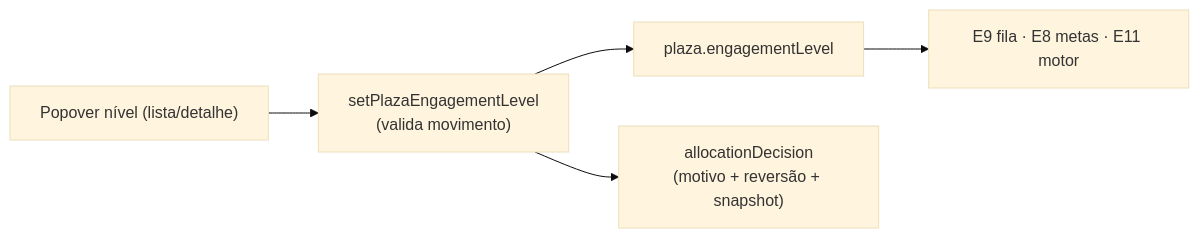
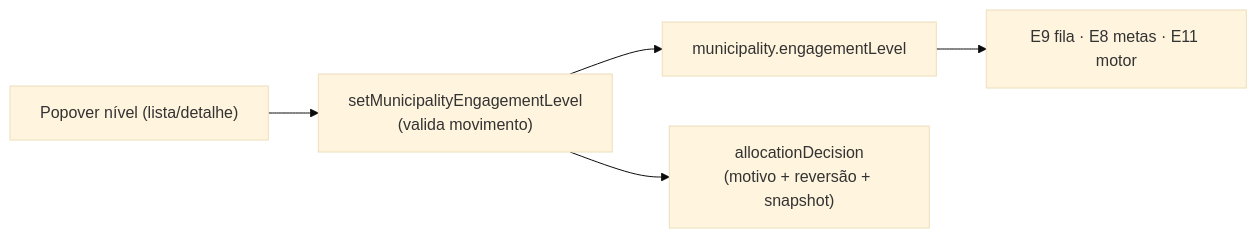
One commit to fsolla/teqo changed the diagram in docs/plans/niveis-de-envolvimento.md. Above: the diagram before and after it, drawn with Mermaid (base theme). The commit also changed other lines of this file and 41 other files, not shown here.

````diff
--- a/docs/plans/niveis-de-envolvimento.md
+++ b/docs/plans/niveis-de-envolvimento.md
@@ -48,11 +48,11 @@
 ```mermaid
 flowchart LR
     UI["Popover nível (lista/detalhe)"]
-    Action["setPlazaEngagementLevel<br/>(valida movimento)"]
-    Plaza["plaza.engagementLevel"]
+    Action["setMunicipalityEngagementLevel<br/>(valida movimento)"]
+    Municipality["municipality.engagementLevel"]
     Dec["allocationDecision<br/>(motivo + reversão + snapshot)"]
     Consumers["E9 fila · E8 metas · E11 motor"]
-    UI --> Action --> Plaza
+    UI --> Action --> Municipality
     Action --> Dec
-    Plaza --> Consumers
+    Municipality --> Consumers
 ```
````
